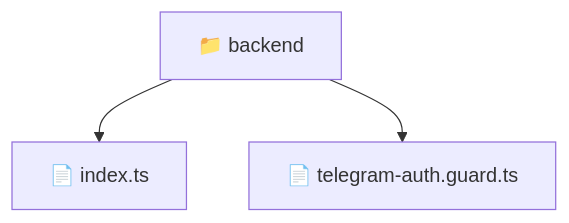
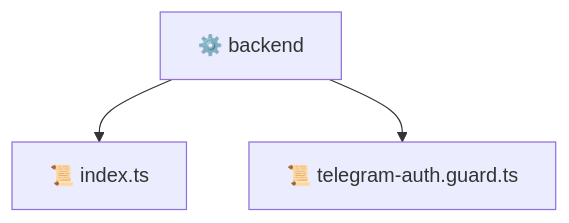
One commit to beginwebdev2002/fullstack-mavluda changed the diagram in frontend/src/backend/README.md. Above: the diagram before and after it, drawn with Mermaid. The commit also changed other lines of this file and 163 other files, not shown here.

````diff
--- a/frontend/src/backend/README.md
+++ b/frontend/src/backend/README.md
@@ -9,6 +9,6 @@
 ```mermaid
 graph TD
-  Root["📁 backend"]
-  Root --> index_ts["📄 index.ts"]
-  Root --> telegram_auth_guard_ts["📄 telegram-auth.guard.ts"]
+  backend["⚙️ backend"]
+  backend --> index_ts["📜 index.ts"]
+  backend --> telegram_auth_guard_ts["📜 telegram-auth.guard.ts"]
 ```
````
